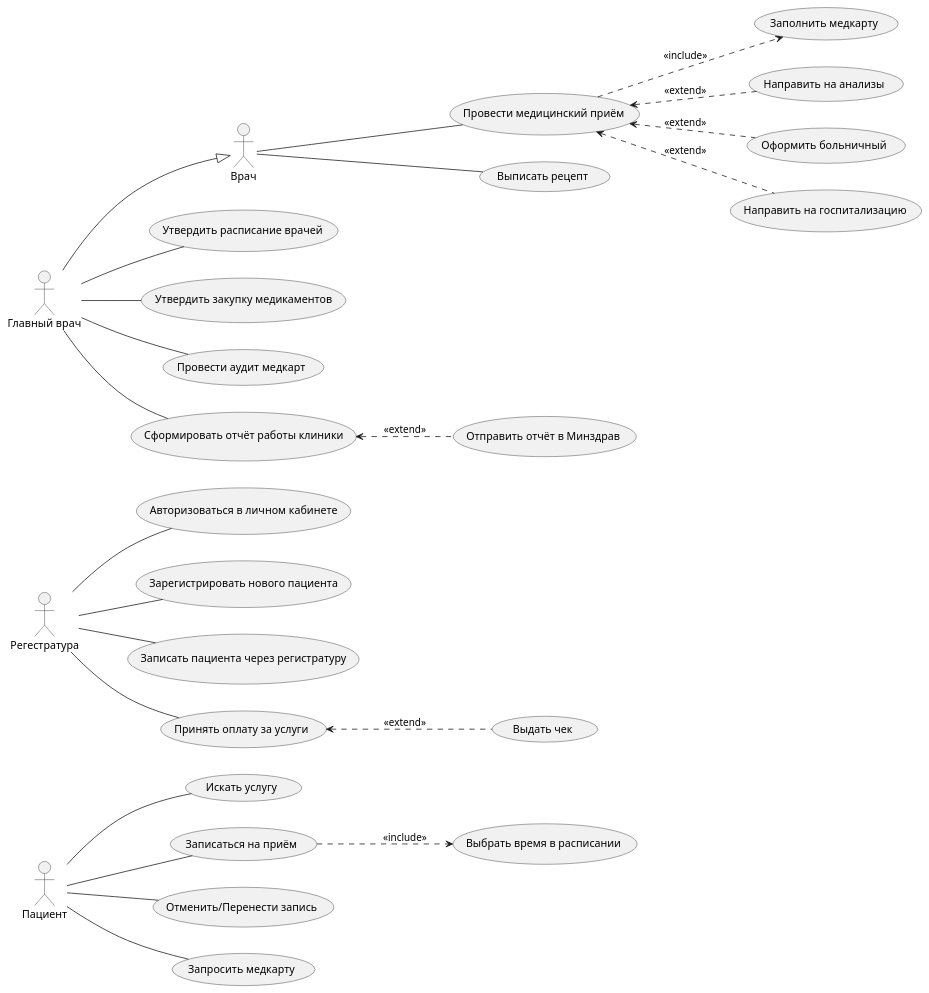
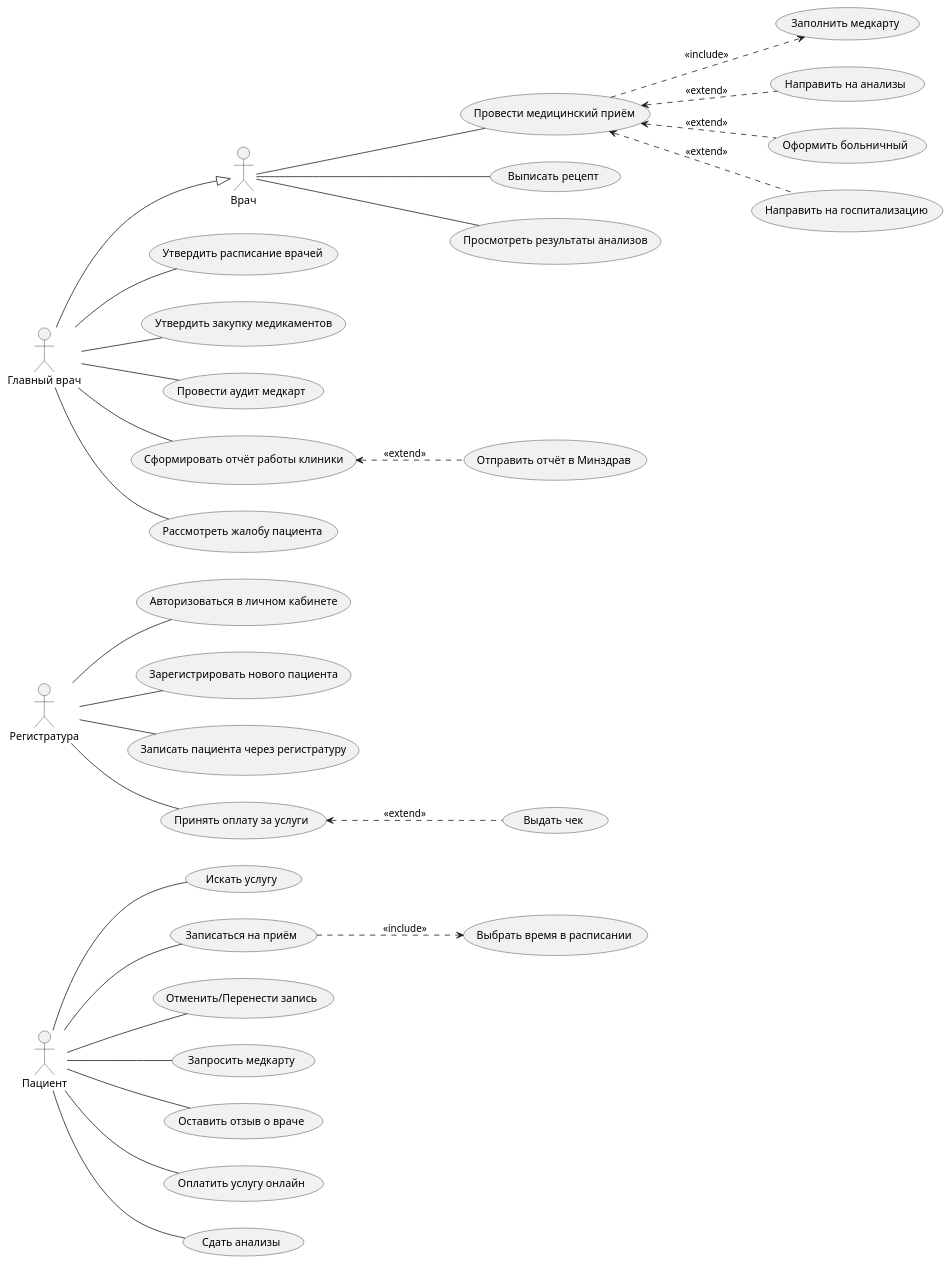
One commit to dan4a06/university_tasks changed the diagram in Информационные системы и технологии/hospital.puml. Above: the diagram before and after it, drawn with PlantUML. The commit also changed 1 other file, not shown here.

Commit message:
отредачил uml диаграммы

```diff
--- a/Информационные системы и технологии/hospital.puml
+++ b/Информационные системы и технологии/hospital.puml
@@ -1,78 +1,88 @@
 @startuml
 
 left to right direction
 
 ' --- АКТЁРЫ ---
 actor "Пациент" as Patient
-actor "Регестратура" as Registrar
+actor "Регистратура" as Registrar
 actor "Врач" as Doctor
 actor "Главный врач" as HeadDoctor
 
 ' Обобщение (Наследование)
 HeadDoctor --|> Doctor
 
 ' --- ВАРИАНТЫ ИСПОЛЬЗОВАНИЯ ---
 
 ' Пациентские
 usecase "Авторизоваться в личном кабинете" as UC_Auth
 usecase "Искать услугу" as UC_Search
 usecase "Записаться на приём" as UC_BookOnline
 usecase "Выбрать время в расписании" as UC_SelectTime
 usecase "Отменить/Перенести запись" as UC_Cancel
 usecase "Запросить медкарту" as UC_ViewCard
+usecase "Оставить отзыв о враче" as UC_Review
+usecase "Оплатить услугу онлайн" as UC_PayOnline
+usecase "Сдать анализы" as UC_Analiz
 
-' Регистратура и Касса (Регестратура)
+' Регистратура и Касса
 usecase "Зарегистрировать нового пациента" as UC_RegPatient
 usecase "Записать пациента через регистратуру" as UC_BookDesk
 usecase "Принять оплату за услуги" as UC_Payment
 usecase "Выдать чек" as UC_TaxDoc
 
 ' Лечебный процесс (Врач)
 usecase "Провести медицинский приём" as UC_Consult
 usecase "Заполнить медкарту" as UC_FillCard
 usecase "Выписать рецепт" as UC_Prescription
 usecase "Направить на анализы" as UC_Referral
 usecase "Оформить больничный" as UC_SickLeave
 usecase "Направить на госпитализацию" as UC_Hospitalize
+usecase "Просмотреть результаты анализов" as UC_ViewLabResults
 
 ' Управление и контроль (Главный врач)
 usecase "Утвердить расписание врачей" as UC_Schedule
 usecase "Утвердить закупку медикаментов" as UC_Procurement
 usecase "Провести аудит медкарт" as UC_Audit
 usecase "Сформировать отчёт работы клиники" as UC_Report
 usecase "Отправить отчёт в Минздрав" as UC_ExportReport
+usecase "Рассмотреть жалобу пациента" as UC_ReviewComplaint
 
 ' --- СВЯЗИ ПАЦИЕНТА ---
 Patient -- UC_Search
 Patient -- UC_Cancel
 Patient -- UC_ViewCard
 Patient -- UC_BookOnline
+Patient -- UC_Review
+Patient -- UC_PayOnline
+Patient -- UC_Analiz
 
-' --- СВЯЗИ РЕГИСТРАТОРА ---
+' --- СВЯЗИ РЕГИСТРАТУРЫ ---
 Registrar -- UC_BookDesk
 Registrar -- UC_Auth
 Registrar -- UC_RegPatient
 Registrar -- UC_Payment
 
 ' --- СВЯЗИ ВРАЧА ---
 Doctor -- UC_Consult
 Doctor -- UC_Prescription
+Doctor -- UC_ViewLabResults
 
 ' --- СВЯЗИ ГЛАВНОГО ВРАЧА ---
 HeadDoctor -- UC_Schedule
 HeadDoctor -- UC_Procurement
 HeadDoctor -- UC_Audit
 HeadDoctor -- UC_Report
+HeadDoctor -- UC_ReviewComplaint
 
 ' --- СВЯЗИ INCLUDE ---
 UC_BookOnline ..> UC_SelectTime : <<include>>
 UC_Consult ..> UC_FillCard : <<include>>
 
 ' --- СВЯЗИ EXTEND ---
 UC_Payment <.. UC_TaxDoc : <<extend>>
 UC_Consult <.. UC_Referral : <<extend>>
 UC_Consult <.. UC_SickLeave : <<extend>>
 UC_Consult <.. UC_Hospitalize : <<extend>>
 UC_Report <.. UC_ExportReport : <<extend>>
 
 @enduml
```
